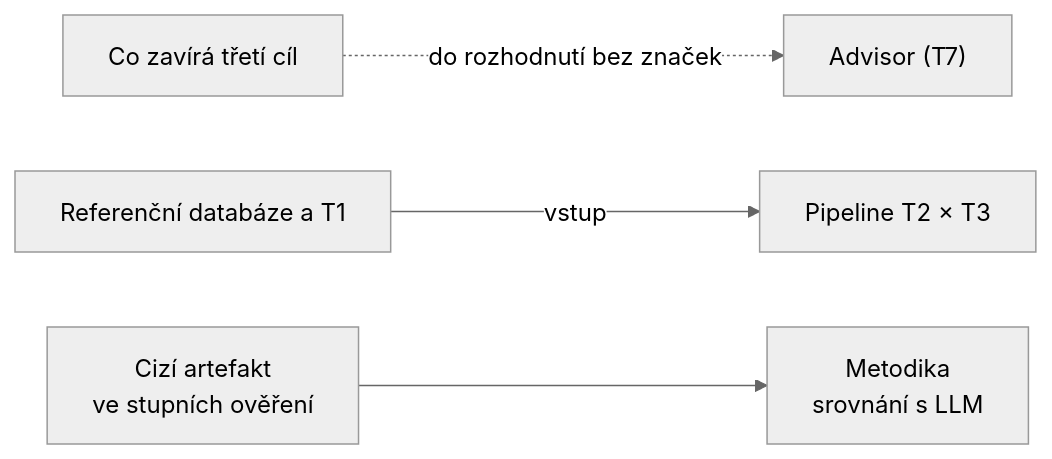
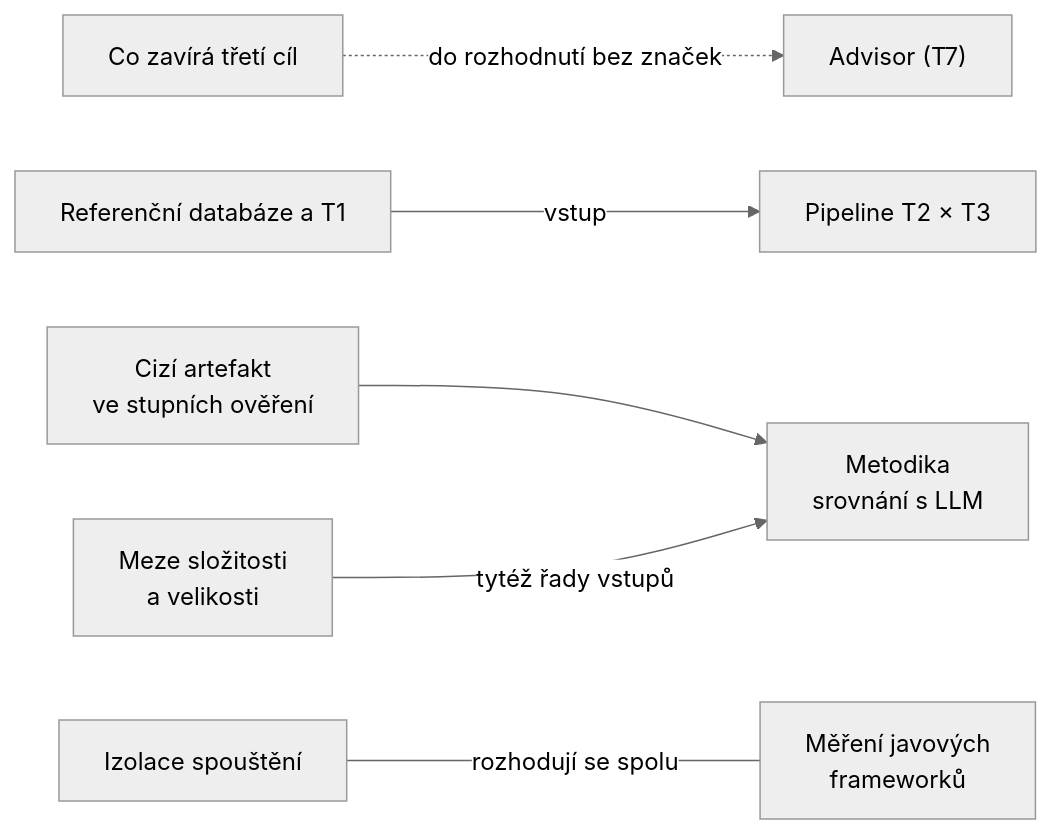
The diagram in docs/open-items.md (MiraStochel/orm-convertor), drawn with Mermaid (neutral theme) before and after one commit. The commit also changed other lines of this file, not shown here.

````diff
--- a/docs/open-items.md
+++ b/docs/open-items.md
@@ -51,6 +57,8 @@
 ```mermaid
 flowchart LR
     G["Co zavírá třetí cíl"] -.->|"do rozhodnutí bez značek"| A["Advisor (T7)"]
     DB["Referenční databáze a T1"] -->|vstup| P["Pipeline T2 × T3"]
     X["Cizí artefakt<br/>ve stupních ověření"] --> L["Metodika<br/>srovnání s LLM"]
+    M["Meze složitosti<br/>a velikosti"] -->|"tytéž řady vstupů"| L
+    I["Izolace spouštění"] ---|"rozhodují se spolu"| J["Měření javových<br/>frameworků"]
 ```
````
